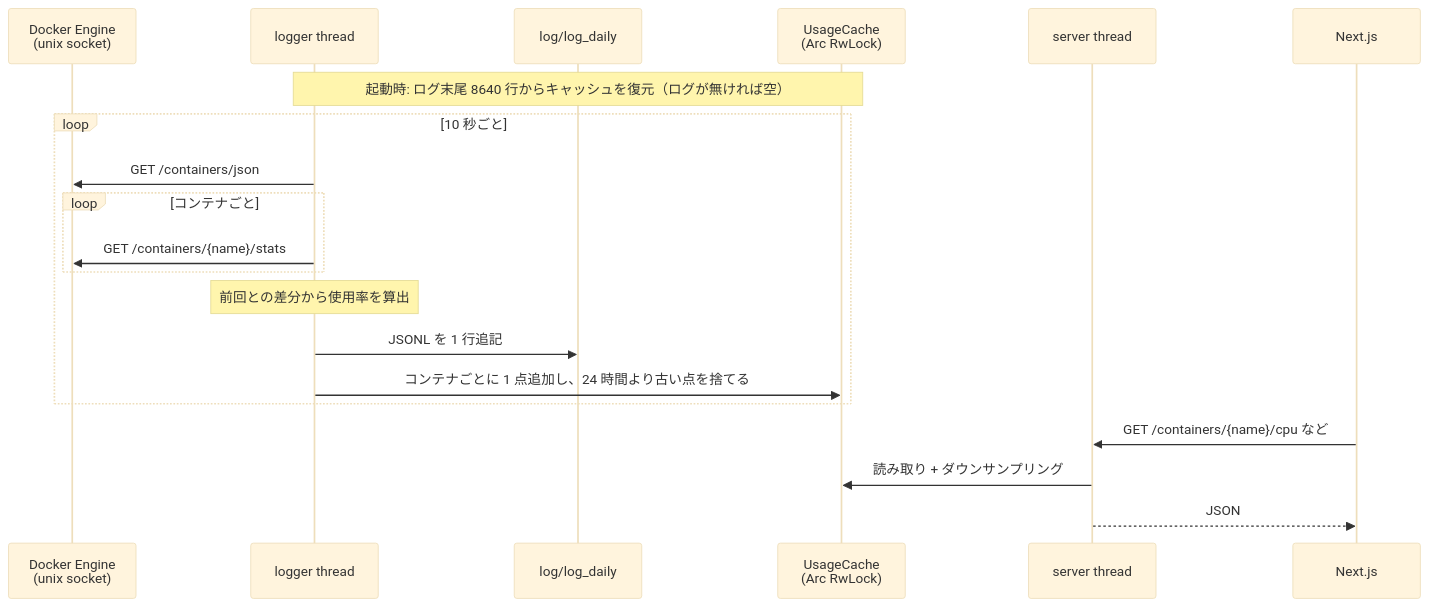
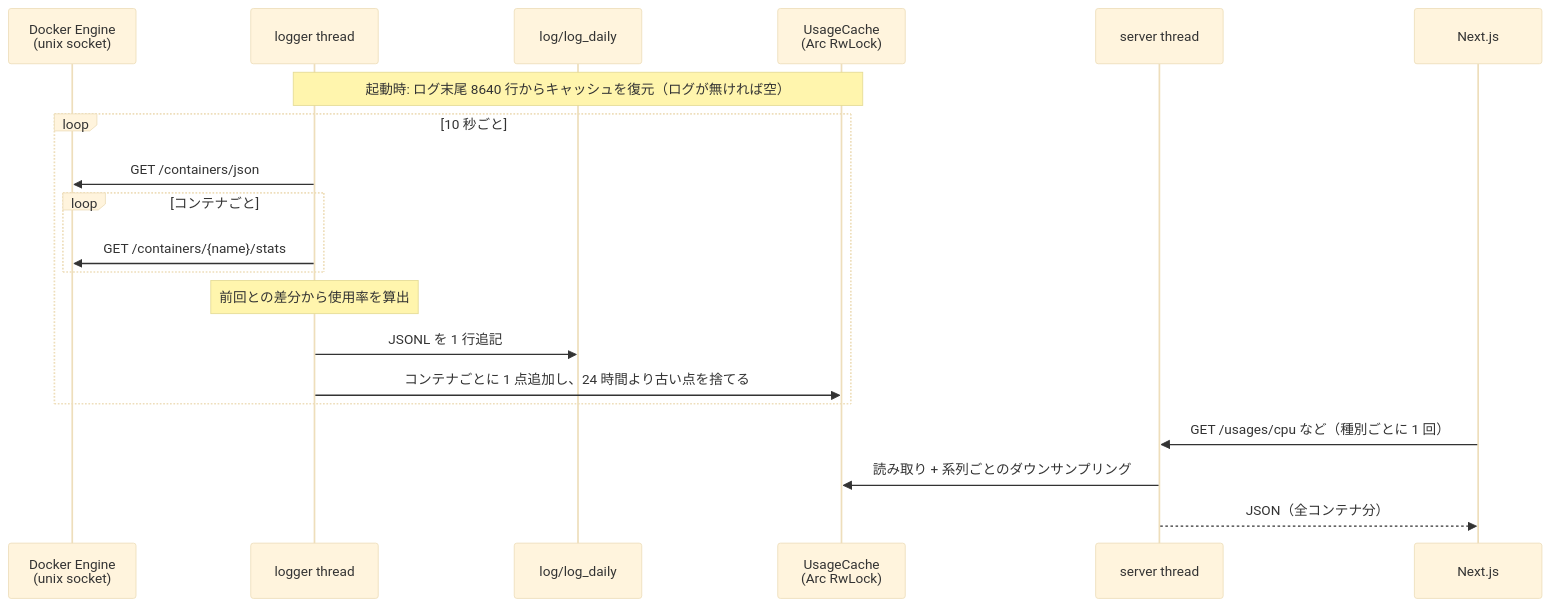
Before and after one commit to Daiius/cephylas: the second of 2 diagrams in core/README.md, drawn with Mermaid (base theme). The commit also changed 6 other files, not shown here.

First line of the commit message:
docs(prd): web の /usages への切り替えと配置の順序を記述する

````diff
--- a/core/README.md
+++ b/core/README.md
@@ -53,25 +53,25 @@
 ```mermaid
 sequenceDiagram
     participant docker as Docker Engine<br/>(unix socket)
     participant logger as logger thread
     participant log as log/log_daily
     participant cache as UsageCache<br/>(Arc RwLock)
     participant server as server thread
     participant web as Next.js
 
     note over logger,cache : 起動時: ログ末尾 8640 行からキャッシュを復元（ログが無ければ空）
 
     loop 10 秒ごと
         logger ->> docker : GET /containers/json
         loop コンテナごと
             logger ->> docker : GET /containers/{name}/stats
         end
         note over logger : 前回との差分から使用率を算出
         logger ->> log : JSONL を 1 行追記
         logger ->> cache : コンテナごとに 1 点追加し、24 時間より古い点を捨てる
     end
 
-    web ->> server : GET /containers/{name}/cpu など
-    server ->> cache : 読み取り + ダウンサンプリング
-    server -->> web : JSON
+    web ->> server : GET /usages/cpu など（種別ごとに 1 回）
+    server ->> cache : 読み取り + 系列ごとのダウンサンプリング
+    server -->> web : JSON（全コンテナ分）
 ```
````
